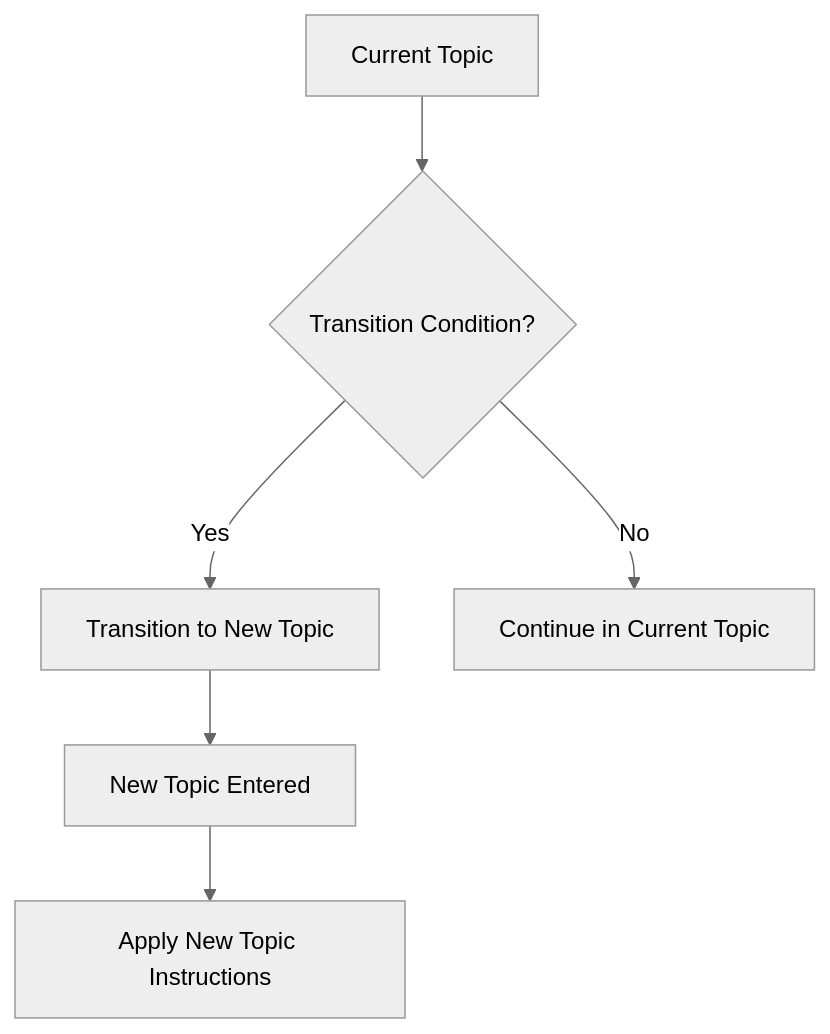
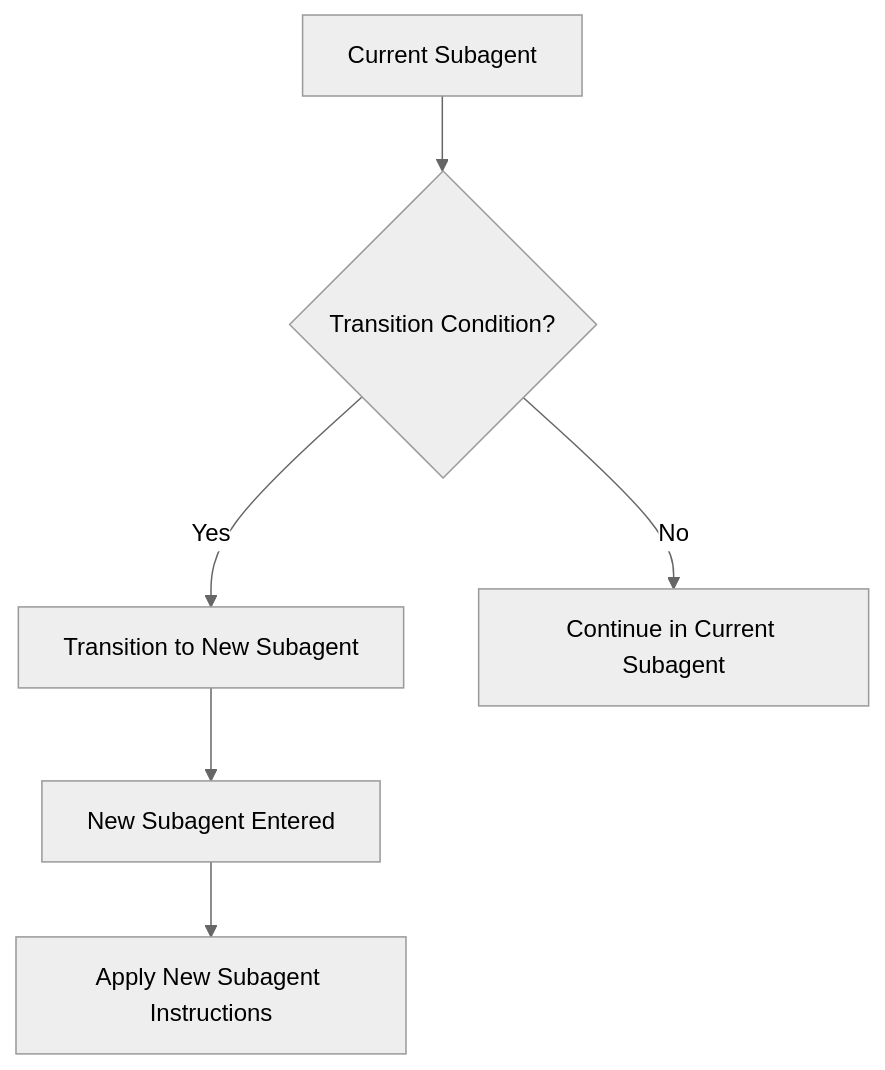
Before and after one commit to trailheadapps/agent-script-recipes: the tenth of 16 diagrams in .airules/MERMAID_DIAGRAMS.md, drawn with Mermaid. The commit also changed other lines of this file and 108 other files, not shown here.

````diff
--- a/.airules/MERMAID_DIAGRAMS.md
+++ b/.airules/MERMAID_DIAGRAMS.md
@@ -136,9 +136,9 @@
 ```mermaid
 %%{init: {'theme':'neutral'}}%%
 graph TD
-    A[Current Topic] --> B{Transition Condition?}
-    B -->|Yes| C[Transition to New Topic]
-    B -->|No| D[Continue in Current Topic]
-    C --> E[New Topic Entered]
-    E --> F[Apply New Topic Instructions]
+    A[Current Subagent] --> B{Transition Condition?}
+    B -->|Yes| C[Transition to New Subagent]
+    B -->|No| D[Continue in Current Subagent]
+    C --> E[New Subagent Entered]
+    E --> F[Apply New Subagent Instructions]
 ```
````
